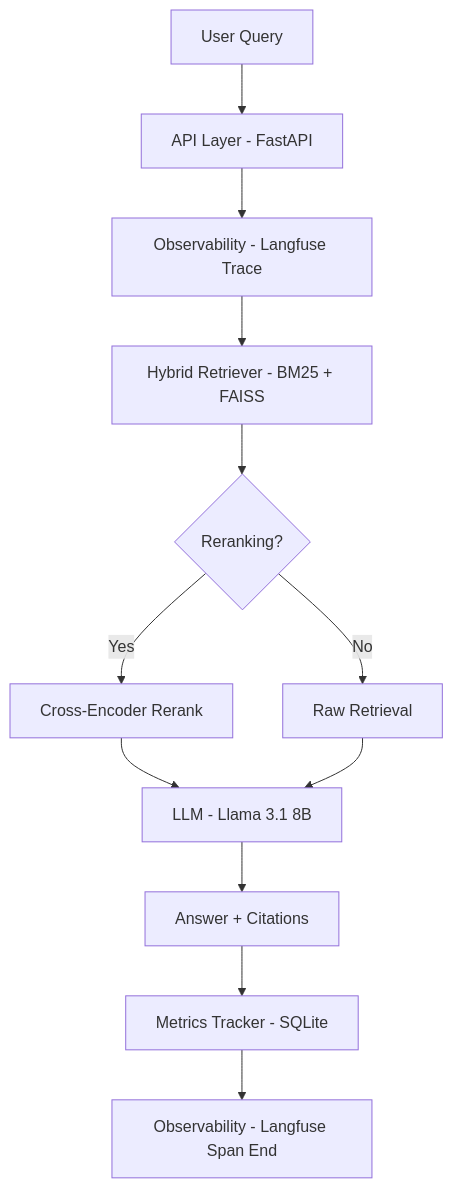
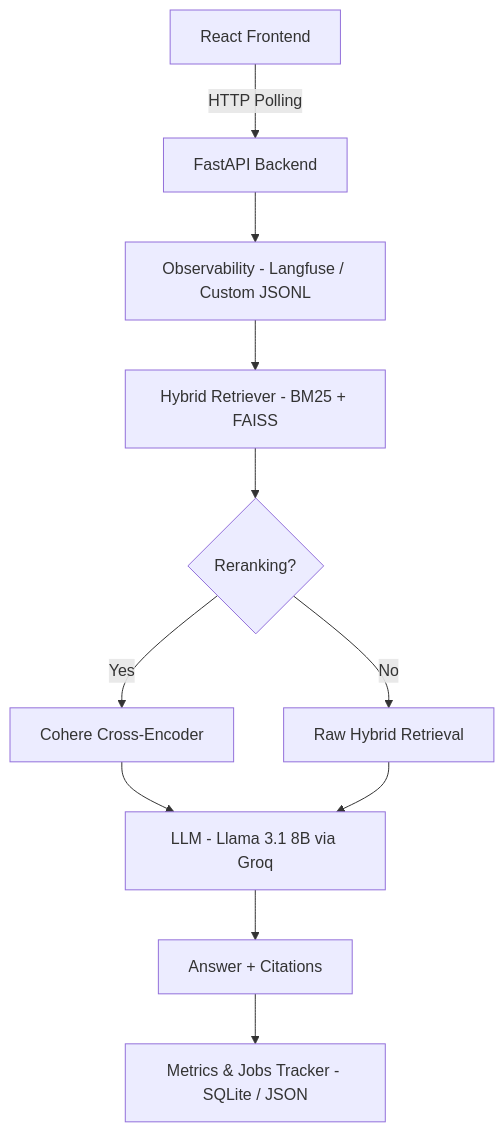
The diagram in README.md (BhaveshMakhija/DocuMentor), drawn with Mermaid before and after one commit. The commit also changed other lines of this file and 2 other files, not shown here.

````diff
--- a/README.md
+++ b/README.md
@@ -9,14 +9,13 @@
 ```mermaid
 graph TD
-    A[User Query] --> B[API Layer - FastAPI]
-    B --> C[Observability - Langfuse Trace]
+    A[React Frontend] -->|HTTP Polling| B[FastAPI Backend]
+    B --> C[Observability - Langfuse / Custom JSONL]
     C --> D[Hybrid Retriever - BM25 + FAISS]
     D --> E{Reranking?}
-    E -- Yes --> F[Cross-Encoder Rerank]
-    E -- No --> G[Raw Retrieval]
-    F --> H[LLM - Llama 3.1 8B]
+    E -- Yes --> F[Cohere Cross-Encoder]
+    E -- No --> G[Raw Hybrid Retrieval]
+    F --> H[LLM - Llama 3.1 8B via Groq]
     G --> H
     H --> I[Answer + Citations]
-    I --> J[Metrics Tracker - SQLite]
-    J --> K[Observability - Langfuse Span End]
+    I --> J[Metrics & Jobs Tracker - SQLite / JSON]
 ```
````
